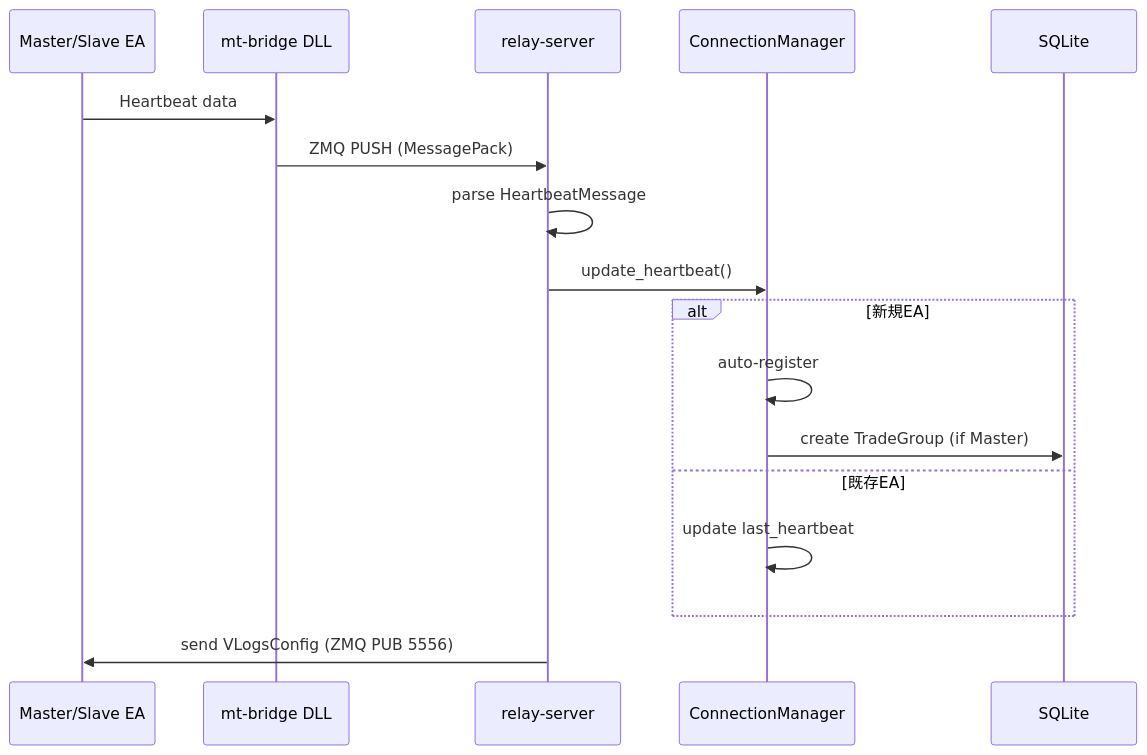
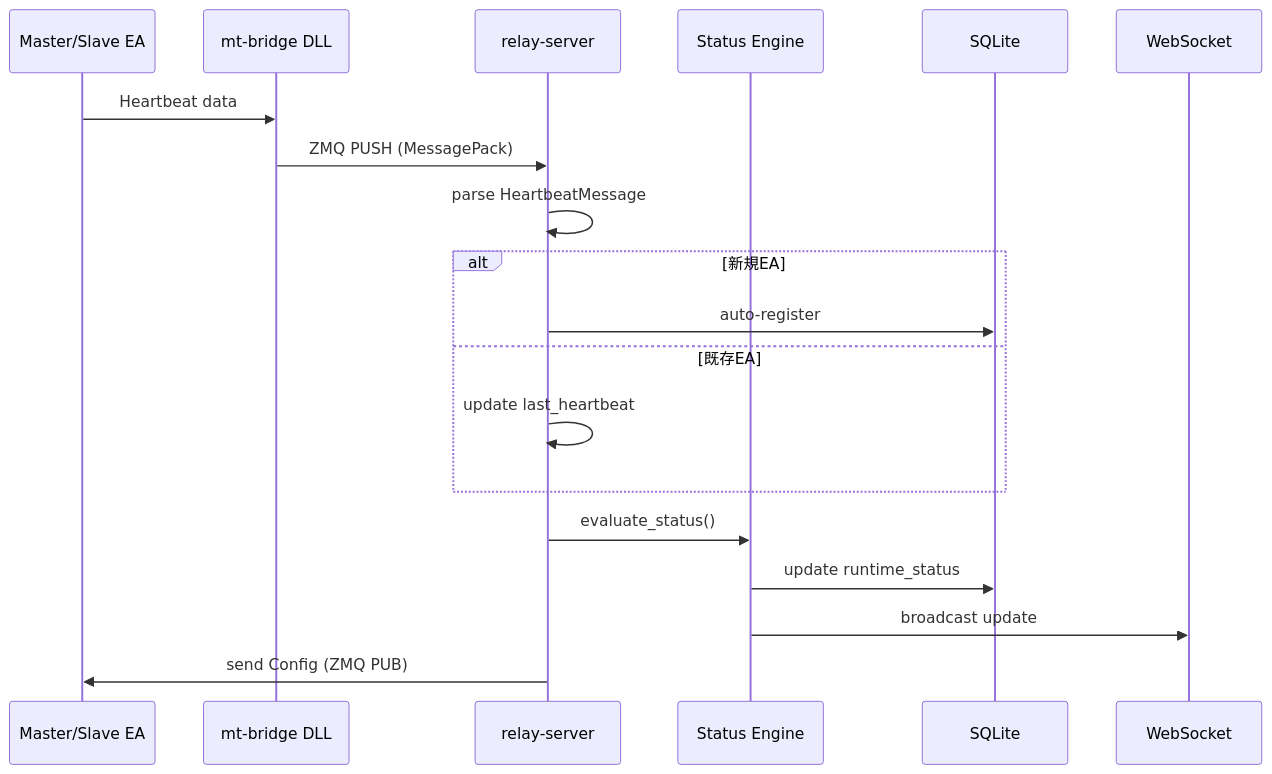
The fourth of 6 diagrams in docs/relay-server.md (poruru210/sankey-copier), drawn with Mermaid before and after one commit. The commit also changed other lines of this file and 5 other files, not shown here.

````diff
--- a/docs/relay-server.md
+++ b/docs/relay-server.md
@@ -324,22 +491,24 @@
 ```mermaid
 sequenceDiagram
     participant EA as Master/Slave EA
     participant DLL as mt-bridge DLL
     participant RS as relay-server
-    participant CM as ConnectionManager
+    participant SE as Status Engine
     participant DB as SQLite
+    participant WS as WebSocket
 
     EA->>DLL: Heartbeat data
     DLL->>RS: ZMQ PUSH (MessagePack)
     RS->>RS: parse HeartbeatMessage
-    RS->>CM: update_heartbeat()
 
     alt 新規EA
-        CM->>CM: auto-register
-        CM->>DB: create TradeGroup (if Master)
+        RS->>DB: auto-register
     else 既存EA
-        CM->>CM: update last_heartbeat
+        RS->>RS: update last_heartbeat
     end
 
-    RS->>EA: send VLogsConfig (ZMQ PUB 5556)
+    RS->>SE: evaluate_status()
+    SE->>DB: update runtime_status
+    SE->>WS: broadcast update
+    RS->>EA: send Config (ZMQ PUB)
 ```
````
